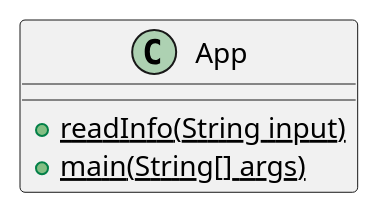
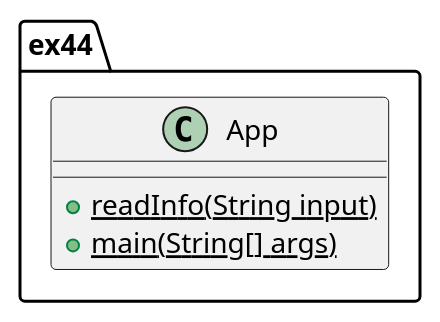
The diagram in src/main/java/ex44/ex44cd.puml (ayeekee/yeekee-cop3330-assignment3), drawn with PlantUML before and after one commit. The commit also changed 17 other files, not shown here.

```diff
--- a/src/main/java/ex44/ex44cd.puml
+++ b/src/main/java/ex44/ex44cd.puml
@@ -1,11 +1,11 @@
 @startuml
 'https://plantuml.com/class-diagram
 
-class App{
-
-+{static}readInfo(String input)
-+{static}main(String[] args)
-
+package ex44{
+    class App{
+        +{static}readInfo(String input)
+        +{static}main(String[] args)
+    }
 }
 
 @enduml
```
